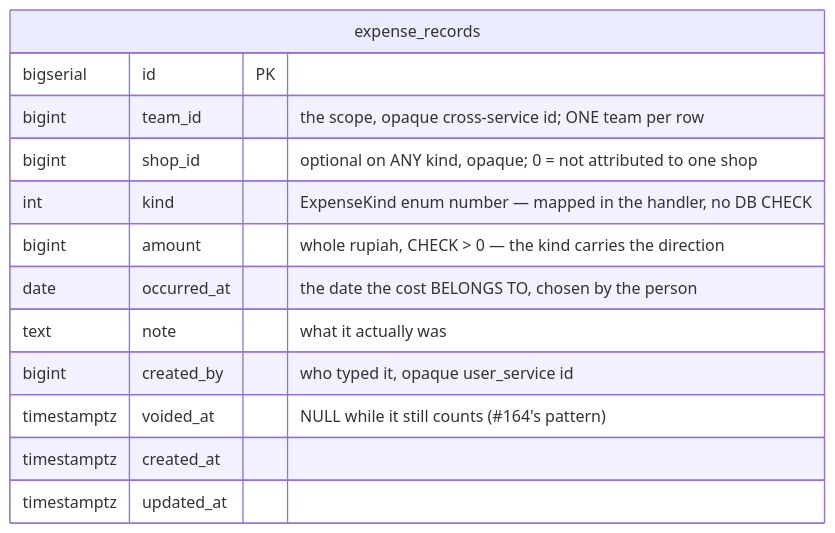
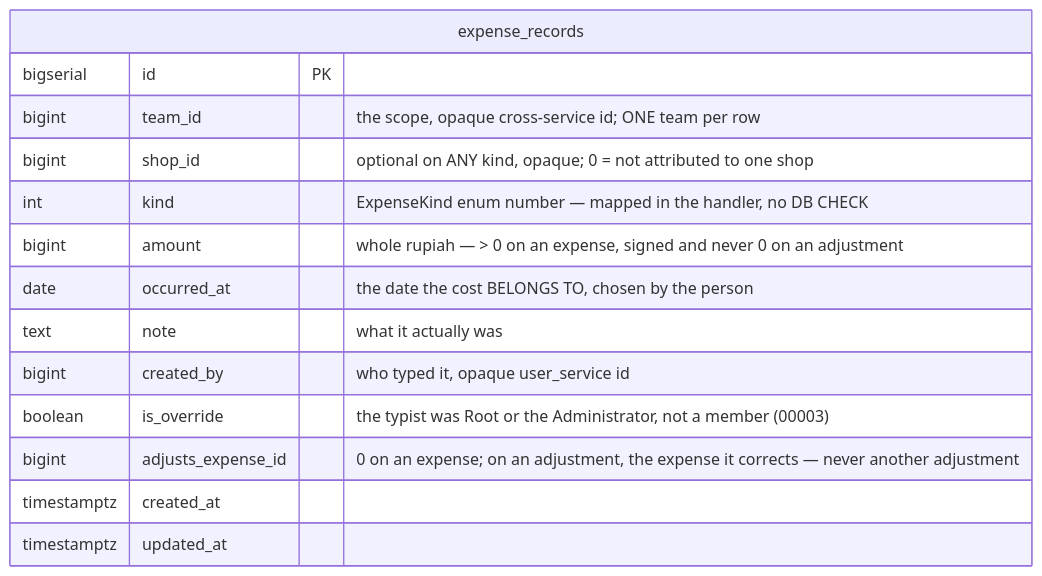
Before and after one commit to pdcgo/warehouse_revamp: diagram 13 of 20 in docs/database-schema.md, drawn with Mermaid. The commit also changed other lines of this file and 703 other files, not shown here.

````diff
--- a/docs/database-schema.md
+++ b/docs/database-schema.md
@@ -1328,16 +1431,17 @@
 ```mermaid
 erDiagram
     expense_records {
         bigserial   id          PK
         bigint      team_id     "the scope, opaque cross-service id; ONE team per row"
         bigint      shop_id     "optional on ANY kind, opaque; 0 = not attributed to one shop"
         int         kind        "ExpenseKind enum number — mapped in the handler, no DB CHECK"
-        bigint      amount      "whole rupiah, CHECK > 0 — the kind carries the direction"
+        bigint      amount      "whole rupiah — > 0 on an expense, signed and never 0 on an adjustment"
         date        occurred_at "the date the cost BELONGS TO, chosen by the person"
         text        note        "what it actually was"
         bigint      created_by  "who typed it, opaque user_service id"
-        timestamptz voided_at   "NULL while it still counts (#164's pattern)"
+        boolean     is_override "the typist was Root or the Administrator, not a member (00003)"
+        bigint      adjusts_expense_id "0 on an expense; on an adjustment, the expense it corrects — never another adjustment"
         timestamptz created_at
         timestamptz updated_at
     }
 ```
````
